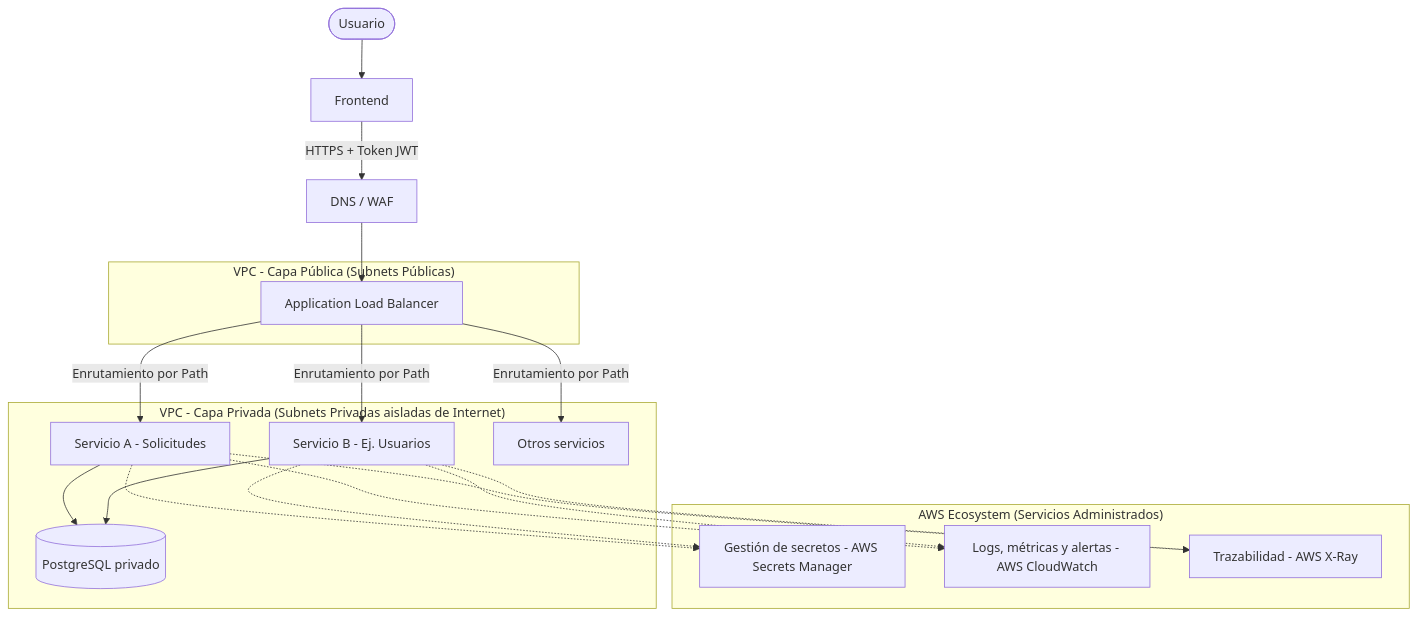
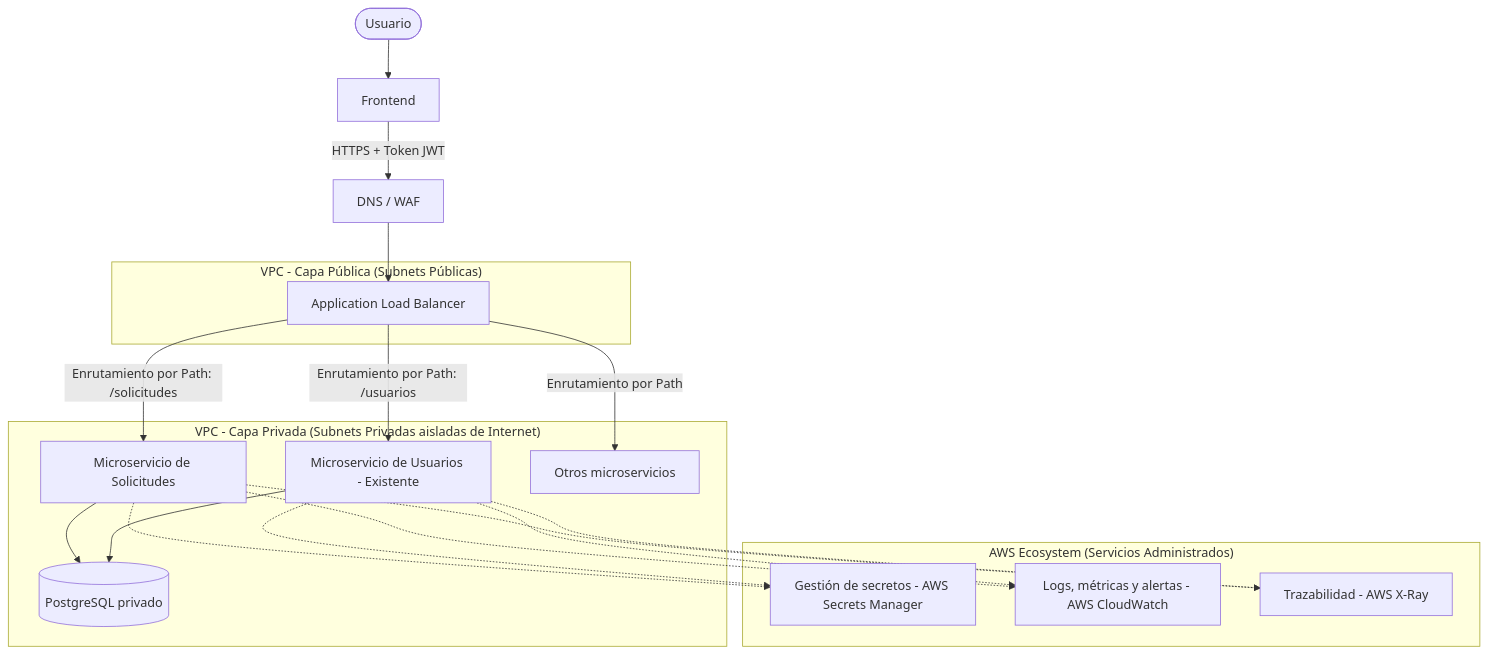
Before and after one commit to 11julio11/Prueba-T-cnica: the diagram in AWS_PROPOSAL.md, drawn with Mermaid. The commit also changed other lines of this file and 2 other files, not shown here.

Commit message:
refactor: rename services to professional naming conventions

````diff
--- a/AWS_PROPOSAL.md
+++ b/AWS_PROPOSAL.md
@@ -7,37 +7,37 @@
 ```mermaid
 graph TD
     User([Usuario]) --> Frontend
     Frontend -->|HTTPS + Token JWT| WAF[DNS / WAF]
     WAF --> ALB[Application Load Balancer]
     
     subgraph "VPC - Capa Pública (Subnets Públicas)"
         ALB
     end
     
     subgraph "VPC - Capa Privada (Subnets Privadas aisladas de Internet)"
-        AppA[Servicio A - Solicitudes]
-        AppB[Servicio B - Ej. Usuarios]
-        Others[Otros servicios]
+        SvcSolicitudes[Microservicio de Solicitudes]
+        SvcUsuarios[Microservicio de Usuarios - Existente]
+        Others[Otros microservicios]
         
-        ALB -->|Enrutamiento por Path| AppA
-        ALB -->|Enrutamiento por Path| AppB
+        ALB -->|Enrutamiento por Path: /solicitudes| SvcSolicitudes
+        ALB -->|Enrutamiento por Path: /usuarios| SvcUsuarios
         ALB -->|Enrutamiento por Path| Others
         
-        AppA --> DB[(PostgreSQL privado)]
-        AppB --> DB
+        SvcSolicitudes --> DB[(PostgreSQL privado)]
+        SvcUsuarios --> DB
     end
     
     subgraph "AWS Ecosystem (Servicios Administrados)"
         Secrets[Gestión de secretos - AWS Secrets Manager]
         Logs[Logs, métricas y alertas - AWS CloudWatch]
         Trace[Trazabilidad - AWS X-Ray]
         
-        AppA -.-> Secrets
-        AppA -.-> Logs
-        AppA -.-> Trace
+        SvcSolicitudes -.-> Secrets
+        SvcSolicitudes -.-> Logs
+        SvcSolicitudes -.-> Trace
         
-        AppB -.-> Secrets
-        AppB -.-> Logs
-        AppB -.-> Trace
+        SvcUsuarios -.-> Secrets
+        SvcUsuarios -.-> Logs
+        SvcUsuarios -.-> Trace
     end
 ```
````
